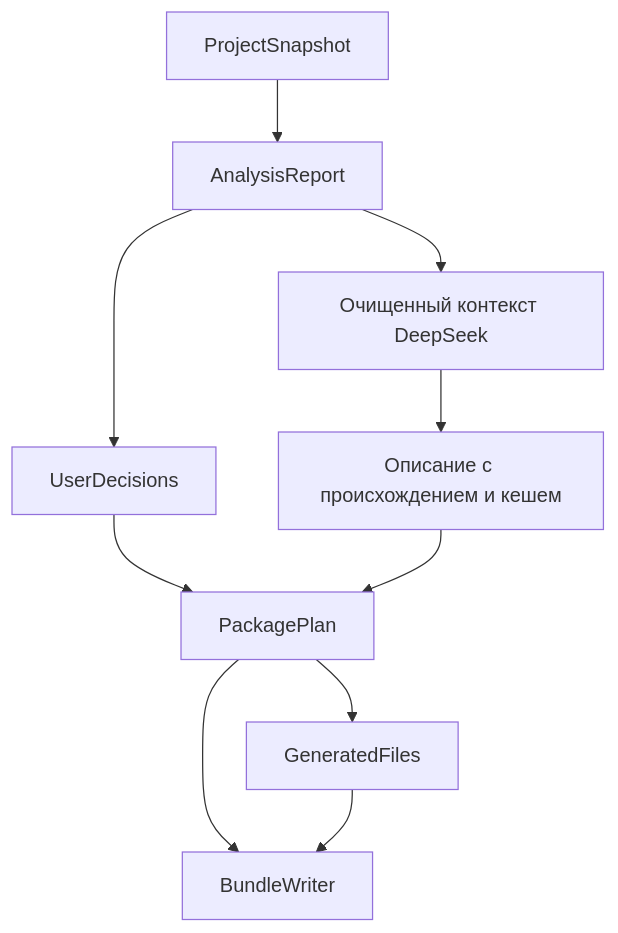
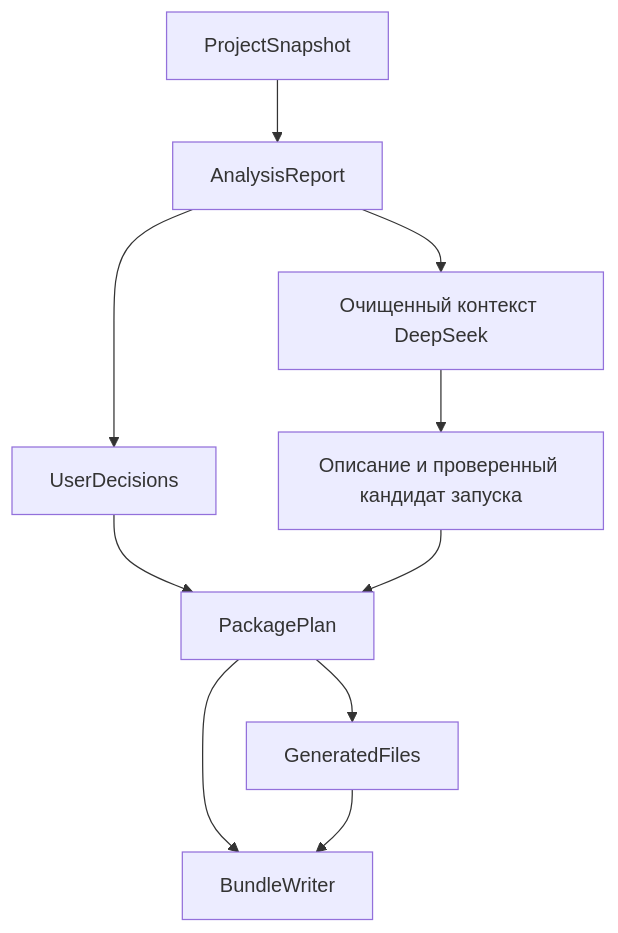
One commit to Ms1black/nishtyak changed the diagram in docs/CORE_ARCHITECTURE.md. Above: the diagram before and after it, drawn with Mermaid. The commit also changed other lines of this file and 73 other files, not shown here.

````diff
--- a/docs/CORE_ARCHITECTURE.md
+++ b/docs/CORE_ARCHITECTURE.md
@@ -33,12 +33,12 @@
 ```mermaid
 flowchart TD
     A[ProjectSnapshot] --> B[AnalysisReport]
     B --> C[UserDecisions]
     C --> D[PackagePlan]
     D --> E[GeneratedFiles]
     D --> F[BundleWriter]
     E --> F
     B --> G[Очищенный контекст DeepSeek]
-    G --> H[Описание с происхождением и кешем]
+    G --> H[Описание и проверенный кандидат запуска]
     H --> D
 ```
````
